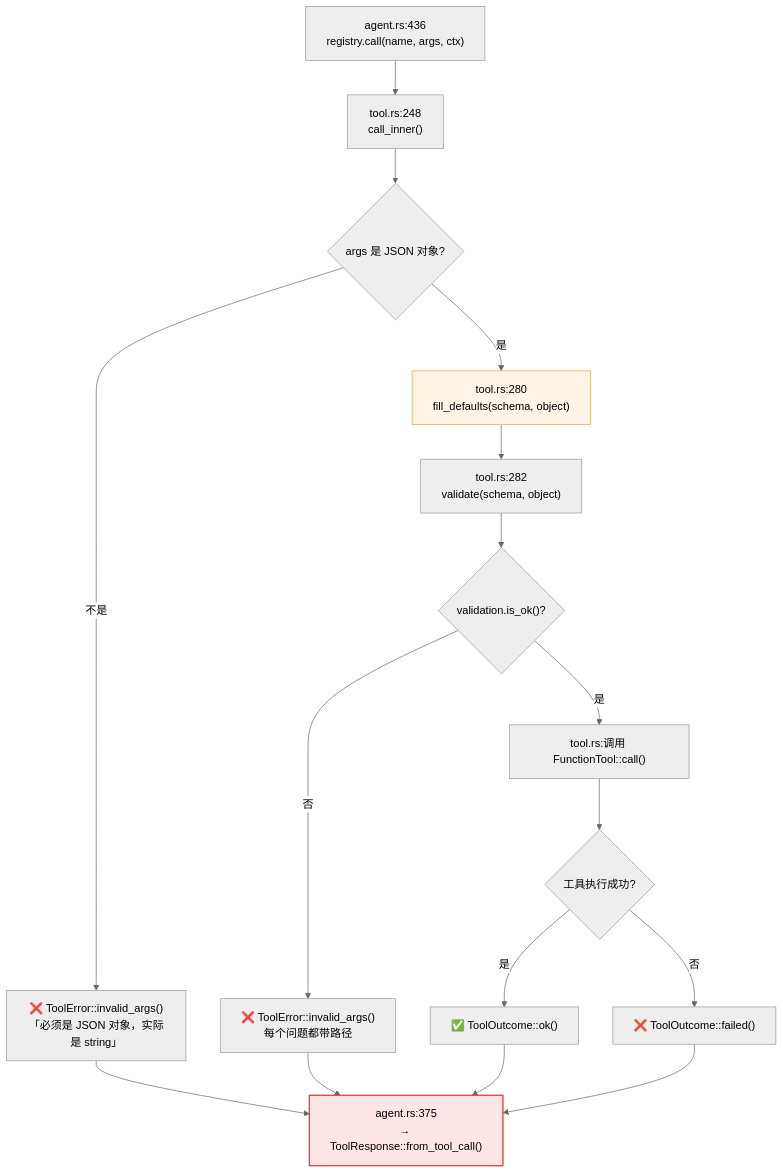
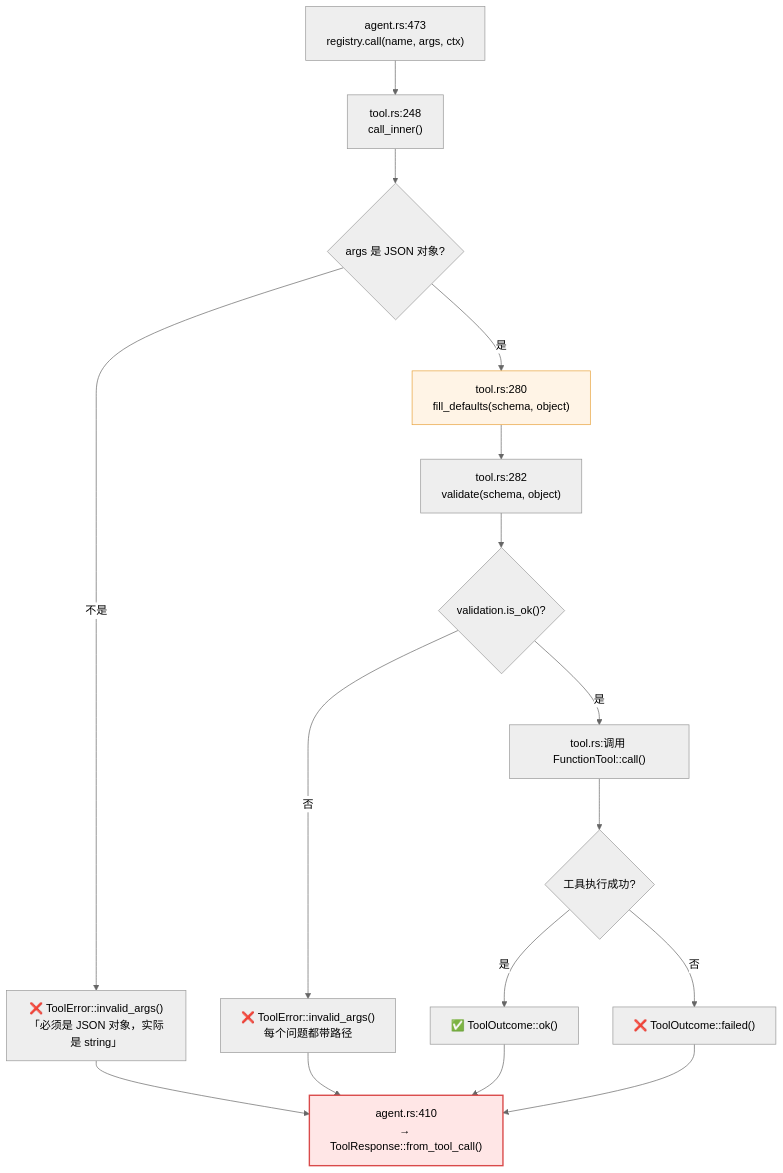
One commit to heheshang/agent-learn changed the fifth of 11 diagrams in 16-agent-function-calling/README.md. Above: the diagram before and after it, drawn with Mermaid (neutral theme). The commit also changed other lines of this file and 33 other files, not shown here.

````diff
--- a/16-agent-function-calling/README.md
+++ b/16-agent-function-calling/README.md
@@ -291,21 +295,21 @@
 ```mermaid
 flowchart TD
-    A["agent.rs:436<br/>registry.call(name, args, ctx)"] --> B["tool.rs:248<br/>call_inner()"]
+    A["agent.rs:473<br/>registry.call(name, args, ctx)"] --> B["tool.rs:248<br/>call_inner()"]
     B --> C{"args 是 JSON 对象?"}
     C -->|"不是"| E1["❌ ToolError::invalid_args()<br/>「必须是 JSON 对象，实际是 string」"]
     C -->|"是"| D["tool.rs:280<br/>fill_defaults(schema, object)"]
     D --> E["tool.rs:282<br/>validate(schema, object)"]
     E --> F{"validation.is_ok()?"}
     F -->|"否"| E2["❌ ToolError::invalid_args()<br/>每个问题都带路径"]
     F -->|"是"| G["tool.rs:调用 FunctionTool::call()"]
     G --> H{"工具执行成功?"}
     H -->|"是"| I["✅ ToolOutcome::ok()"]
     H -->|"否"| J["❌ ToolOutcome::failed()"]
-    I --> K["agent.rs:375<br/>→ ToolResponse::from_tool_call()"]
+    I --> K["agent.rs:410<br/>→ ToolResponse::from_tool_call()"]
     J --> K
     E1 --> K
     E2 --> K
 
     style D fill:#fff4e6,stroke:#e8a33d
     style K fill:#ffe6e6,stroke:#d94a4a,stroke-width:2px
 ```
````
